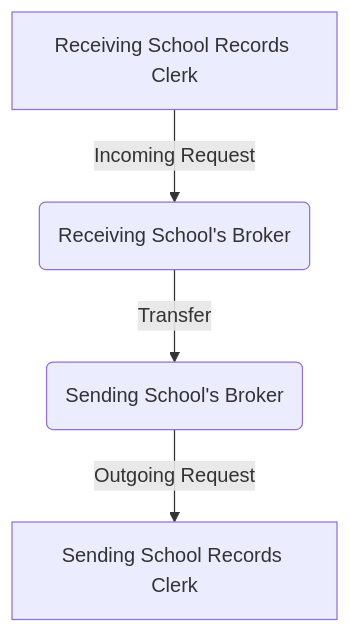
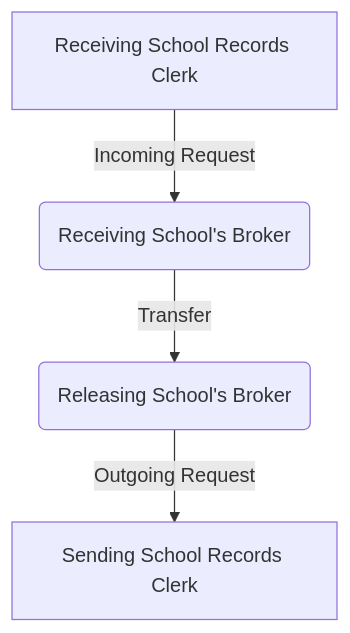
The diagram in concepts.md (oregonnexus/broker-docs), drawn with Mermaid before and after one commit. The commit also changed other lines of this file, not shown here.

Commit message:
Change to releasing

````diff
--- a/concepts.md
+++ b/concepts.md
@@ -20,6 +21,6 @@
 ```mermaid
 flowchart TD
     A[Receiving School Records Clerk] -->|Incoming Request| B(Receiving School's Broker);
-    B-->|Transfer| C(Sending School's Broker);
+    B-->|Transfer| C(Releasing School's Broker);
     C-->|Outgoing Request| D[Sending School Records Clerk];
 ```
````
